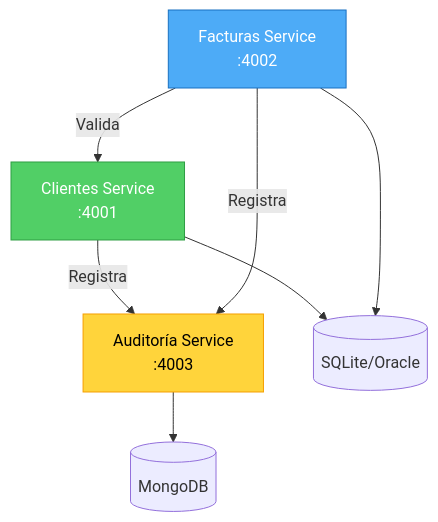
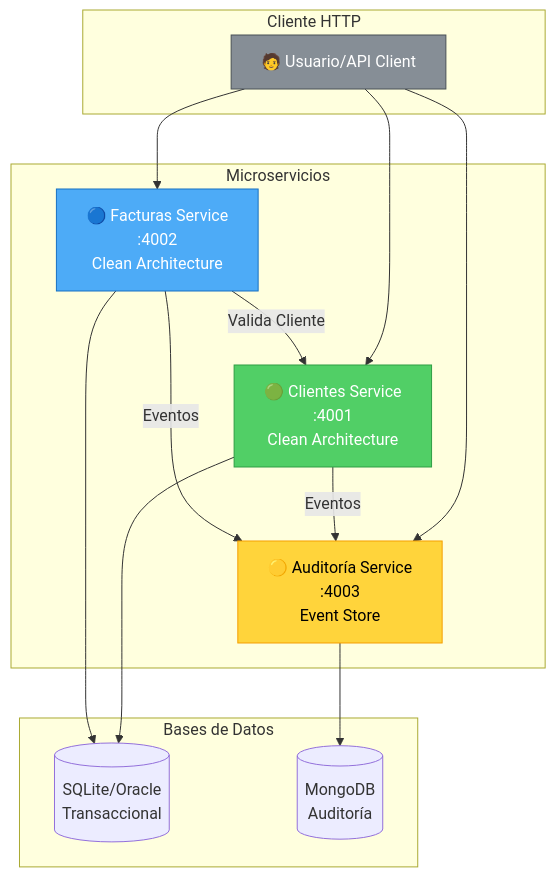
Before and after one commit to Asimpl3-Hero/RubyDoubleV: the first of 4 diagrams in docs/DIAGRAMAS.md, drawn with Mermaid. The commit also changed other lines of this file and 2 other files, not shown here.

````diff
--- a/docs/DIAGRAMAS.md
+++ b/docs/DIAGRAMAS.md
@@ -12,20 +18,34 @@
 ```mermaid
 graph TB
-    CS[Clientes Service<br/>:4001]
-    FS[Facturas Service<br/>:4002]
-    AS[Auditoría Service<br/>:4003]
+    subgraph "Cliente HTTP"
+        USER[🧑 Usuario/API Client]
+    end
 
-    SQL[(SQLite/Oracle)]
-    MONGO[(MongoDB)]
+    subgraph "Microservicios"
+        CS[🟢 Clientes Service<br/>:4001<br/>Clean Architecture]
+        FS[🔵 Facturas Service<br/>:4002<br/>Clean Architecture]
+        AS[🟡 Auditoría Service<br/>:4003<br/>Event Store]
+    end
 
-    FS -->|Valida| CS
-    CS -->|Registra| AS
-    FS -->|Registra| AS
+    subgraph "Bases de Datos"
+        SQL[(SQLite/Oracle<br/>Transaccional)]
+        MONGO[(MongoDB<br/>Auditoría)]
+    end
+
+    USER --> CS
+    USER --> FS
+    USER --> AS
+
+    FS -->|Valida Cliente| CS
+    CS -->|Eventos| AS
+    FS -->|Eventos| AS
+
     CS --> SQL
     FS --> SQL
     AS --> MONGO
 
     style CS fill:#51cf66,stroke:#2f9e44,color:#fff
     style FS fill:#4dabf7,stroke:#1971c2,color:#fff
     style AS fill:#ffd43b,stroke:#f59f00,color:#000
+    style USER fill:#868e96,stroke:#495057,color:#fff
 ```
````
